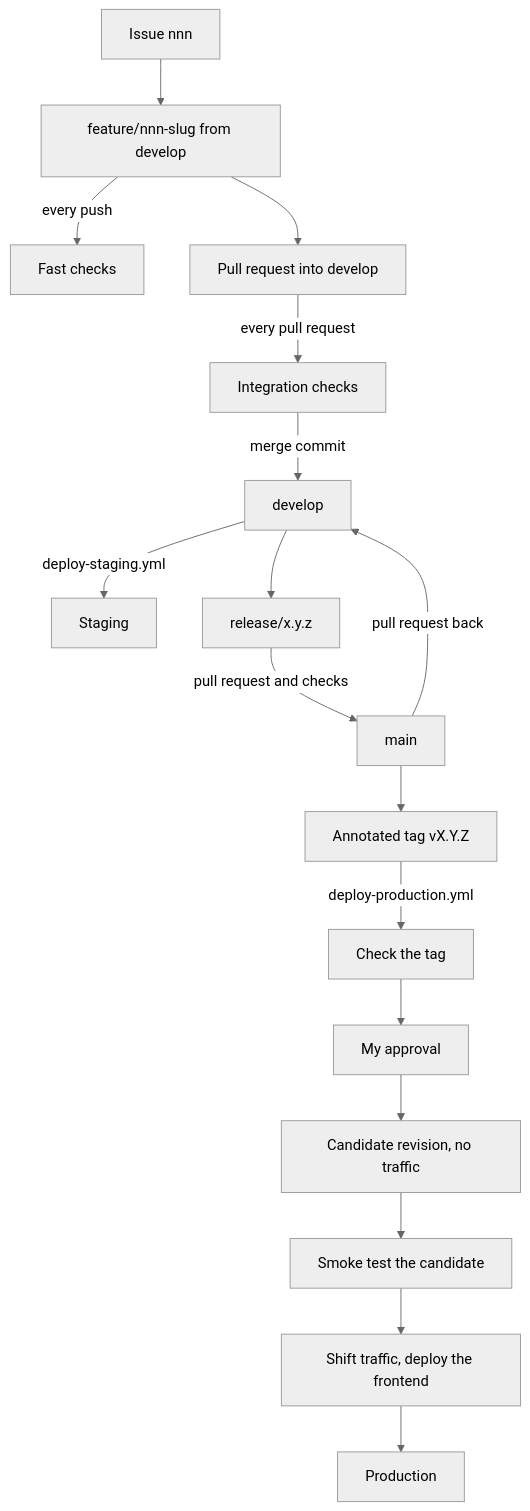
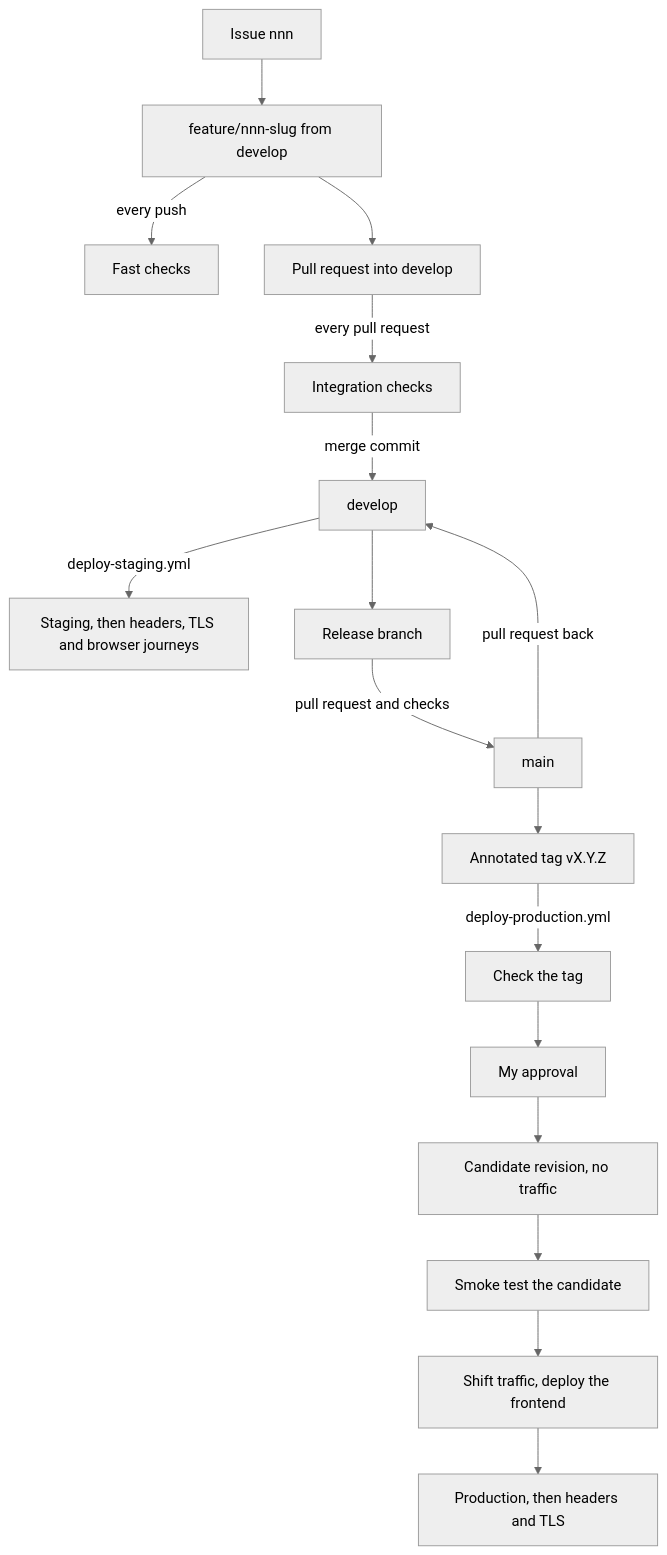
Before and after one commit to teon-artilionAI/toolshed-hire: the second of 2 diagrams in README.md, drawn with Mermaid (neutral theme). The commit also changed other lines of this file and 5 other files, not shown here.

````diff
--- a/README.md
+++ b/README.md
@@ -268,19 +287,19 @@
 ```mermaid
 flowchart TD
     issue["Issue nnn"] --> feature["feature/nnn-slug from develop"]
     feature -->|"every push"| fast["Fast checks"]
     feature --> pr["Pull request into develop"]
     pr -->|"every pull request"| integration["Integration checks"]
     integration -->|"merge commit"| develop["develop"]
-    develop -->|"deploy-staging.yml"| staging["Staging"]
-    develop --> release["release/x.y.z"]
+    develop -->|"deploy-staging.yml"| staging["Staging, then headers, TLS and browser journeys"]
+    develop --> release["Release branch"]
     release -->|"pull request and checks"| main["main"]
     main --> tag["Annotated tag vX.Y.Z"]
     tag -->|"deploy-production.yml"| verify["Check the tag"]
     verify --> approve["My approval"]
     approve --> candidate["Candidate revision, no traffic"]
     candidate --> smoke["Smoke test the candidate"]
     smoke --> shift["Shift traffic, deploy the frontend"]
-    shift --> production["Production"]
+    shift --> production["Production, then headers and TLS"]
     main -->|"pull request back"| develop
 ```
````
